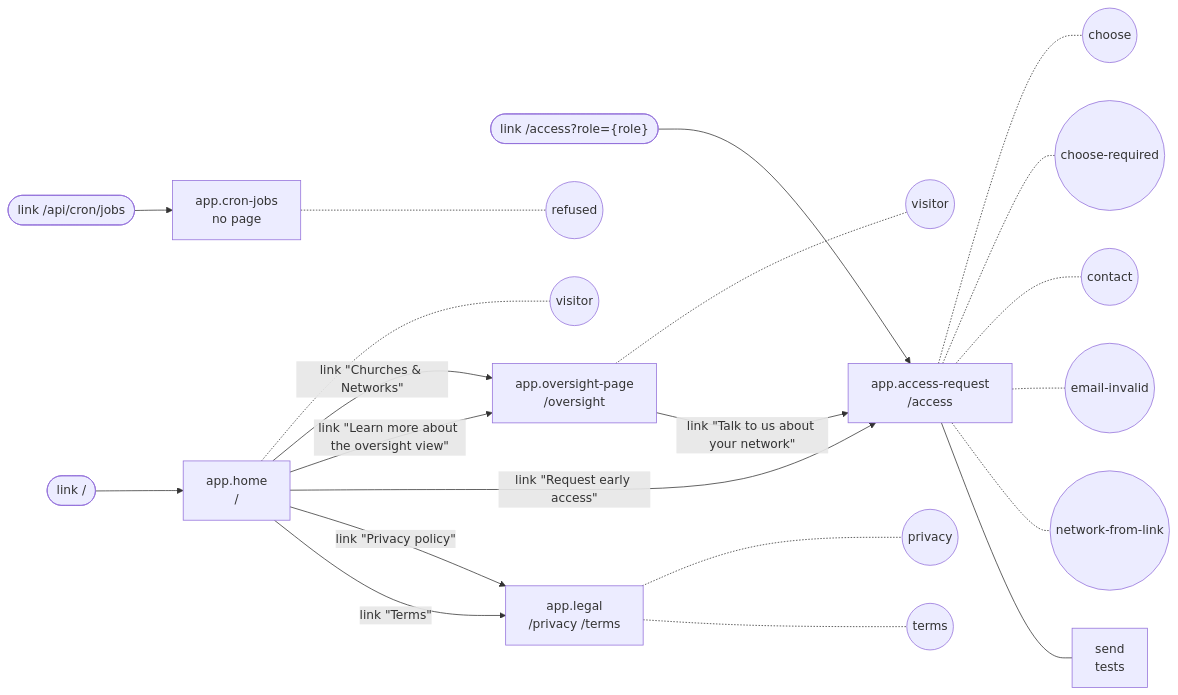
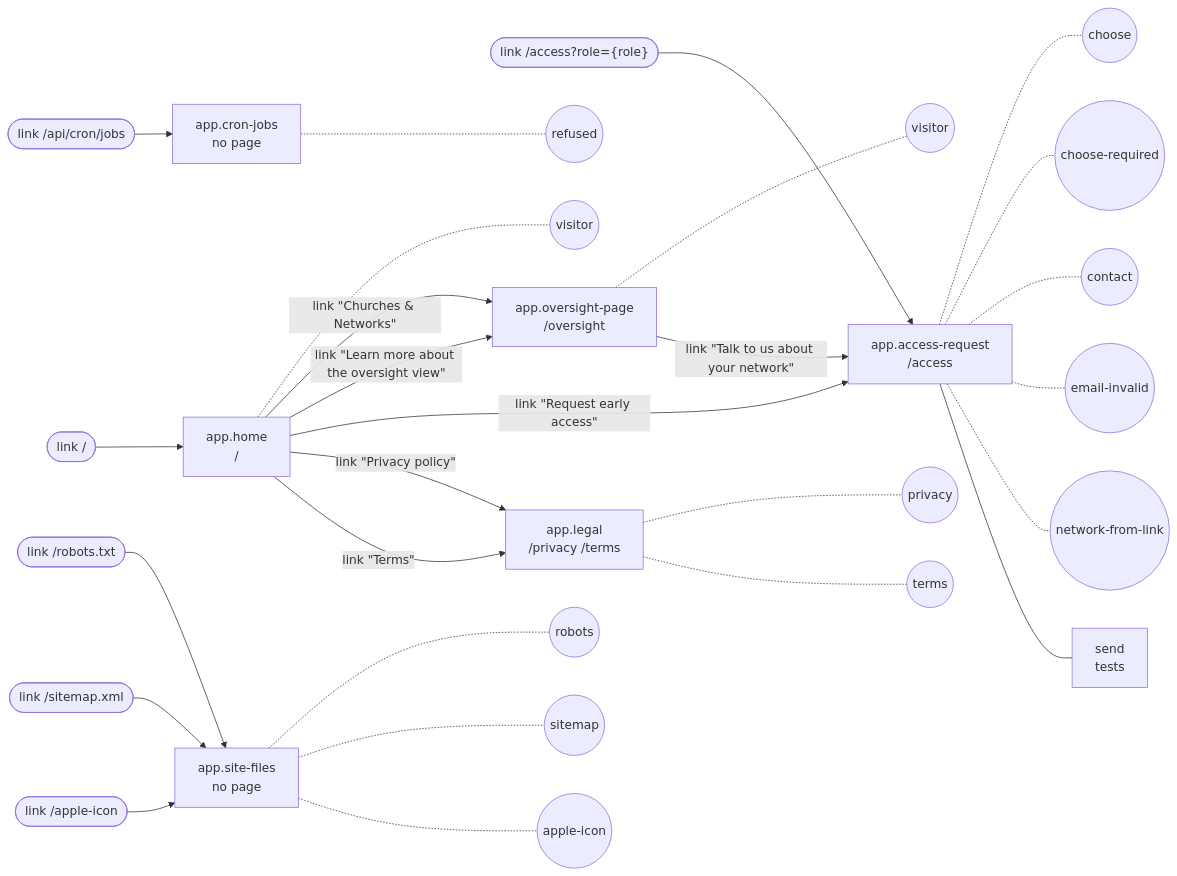
The diagram in docs/feature-maps/app.md (SebastianGarces/everyfield), drawn with Mermaid before and after one commit. The commit also changed other lines of this file and 3 other files, not shown here.

First line of the commit message:
Feature maps for the public site's robots.txt, sitemap and Apple touch icon (R-14, rule 8)

````diff
--- a/docs/feature-maps/app.md
+++ b/docs/feature-maps/app.md
@@ -6,31 +6,41 @@
 ```mermaid
 flowchart LR
   s0_link0(["link /api/cron/jobs"])
   s1_link0(["link /"])
   s3_link2(["link /access?role={role}"])
+  s5_link0(["link /robots.txt"])
+  s5_link1(["link /sitemap.xml"])
+  s5_link2(["link /apple-icon"])
   s0["app.cron-jobs<br/>no page"]
   s0_link0 --> s0
   s0 -.- s0_st0(("refused"))
   s1["app.home<br/>/"]
   s1_link0 --> s1
   s1 -.- s1_st0(("visitor"))
   s2["app.oversight-page<br/>/oversight"]
   s1 -- "link #quot;Churches & Networks#quot;" --> s2
   s1 -- "link #quot;Learn more about the oversight view#quot;" --> s2
   s2 -.- s2_st0(("visitor"))
   s3["app.access-request<br/>/access"]
   s1 -- "link #quot;Request early access#quot;" --> s3
   s2 -- "link #quot;Talk to us about your network#quot;" --> s3
   s3_link2 --> s3
   s3 -.- s3_st0(("choose"))
   s3 -.- s3_st1(("choose-required"))
   s3 -.- s3_st2(("contact"))
   s3 -.- s3_st3(("email-invalid"))
   s3 -.- s3_st4(("network-from-link"))
   s3 --- s3_b0["send<br/>tests"]
   s4["app.legal<br/>/privacy /terms"]
   s1 -- "link #quot;Privacy policy#quot;" --> s4
   s1 -- "link #quot;Terms#quot;" --> s4
   s4 -.- s4_st0(("privacy"))
   s4 -.- s4_st1(("terms"))
+  s5["app.site-files<br/>no page"]
+  s5_link0 --> s5
+  s5_link1 --> s5
+  s5_link2 --> s5
+  s5 -.- s5_st0(("robots"))
+  s5 -.- s5_st1(("sitemap"))
+  s5 -.- s5_st2(("apple-icon"))
 ```
````
